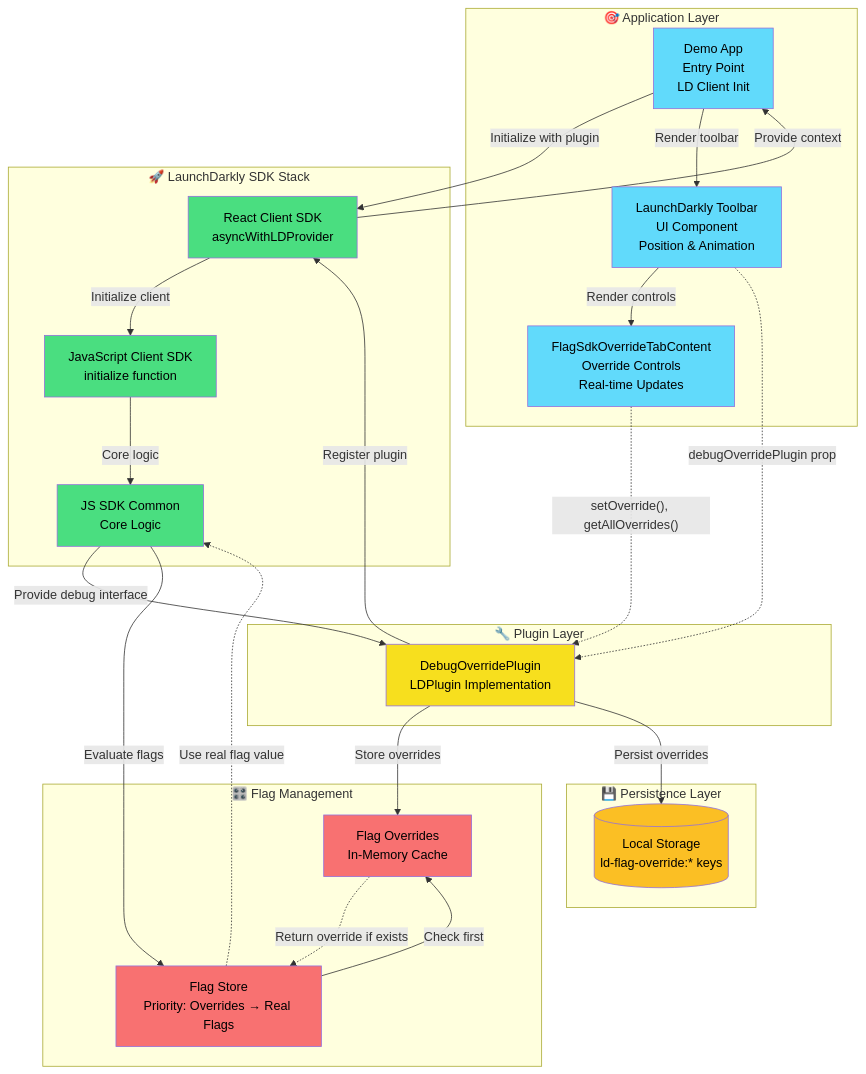
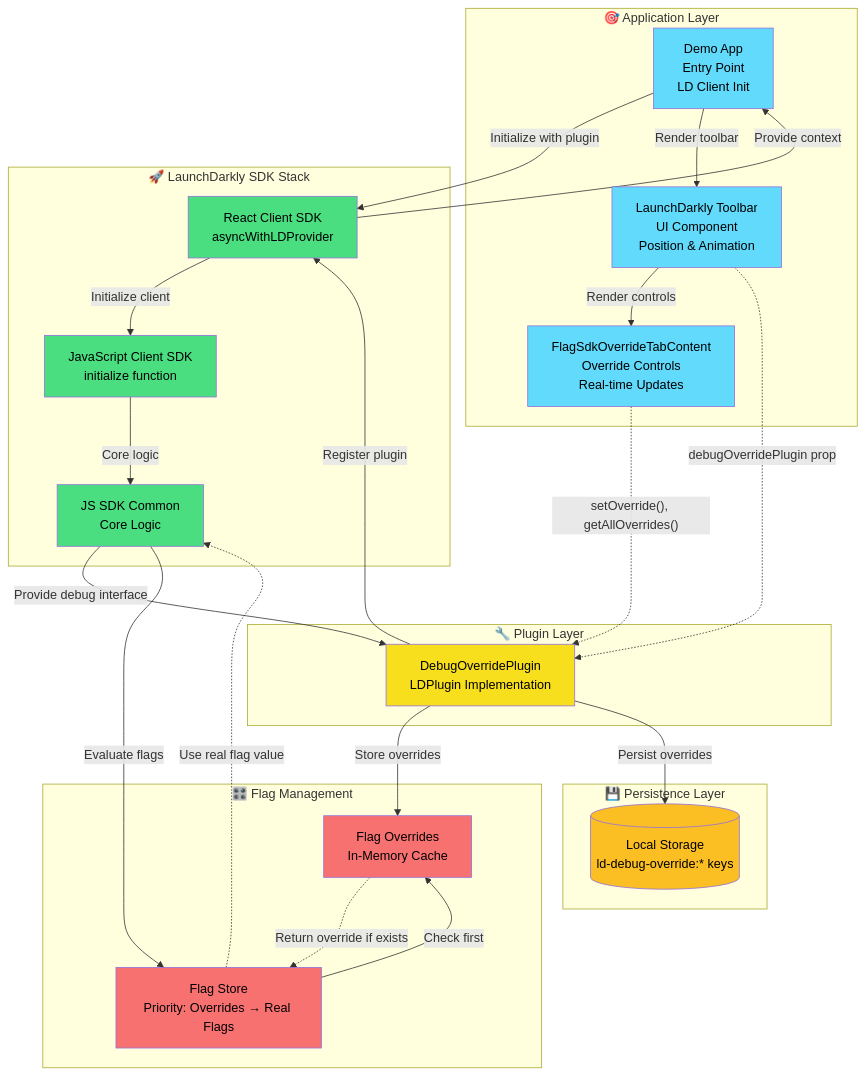
Before and after one commit to launchdarkly/launchdarkly-toolbar: the diagram in docs/plugin-architecture.mermaid, drawn with Mermaid. The commit also changed 2 other files, not shown here.

Commit message:
Update debug override plugin default storage namespace

```diff
--- a/docs/plugin-architecture.mermaid
+++ b/docs/plugin-architecture.mermaid
@@ -1,73 +1,73 @@
 graph TB
     %% Main Components
     subgraph "🎯 Application Layer"
         App[Demo App<br/>Entry Point<br/>LD Client Init]
         Toolbar[LaunchDarkly Toolbar<br/>UI Component<br/>Position & Animation]
         TabContent[FlagSdkOverrideTabContent<br/>Override Controls<br/>Real-time Updates]
     end
 
     subgraph "🔧 Plugin Layer"
         DebugOverridePlugin[DebugOverridePlugin<br/>LDPlugin Implementation]
     end
 
     subgraph "🚀 LaunchDarkly SDK Stack"
         ReactSDK[React Client SDK<br/>asyncWithLDProvider]
         JSSDK[JavaScript Client SDK<br/>initialize function]
         CommonSDK[JS SDK Common<br/>Core Logic]
     end
 
     subgraph "🎛️ Flag Management"
         FlagStore[Flag Store<br/>Priority: Overrides → Real Flags]
         OverrideStore[Flag Overrides<br/>In-Memory Cache]
     end
 
     subgraph "💾 Persistence Layer"
-        LocalStorage[(Local Storage<br/>ld-flag-override:* keys)]
+        LocalStorage[(Local Storage<br/>ld-debug-override:* keys)]
     end
 
 
 
     %% 🔄 Plugin Registration & Initialization
     App -->|Initialize with plugin| ReactSDK
     ReactSDK -->|Initialize client| JSSDK
     JSSDK -->|Core logic| CommonSDK
     DebugOverridePlugin -->|Register plugin| ReactSDK
 
     %% 🔧 Debug Interface Handshake
     CommonSDK -->|Provide debug interface| DebugOverridePlugin
     DebugOverridePlugin -->|Store overrides| OverrideStore
 
     %% 🎨 Client Flow (JS SDK)
     ReactSDK -->|Provide context| App
     App -->|Render toolbar| Toolbar
     Toolbar -->|Render controls| TabContent
 
     %% ⚡ Direct Plugin Integration
     Toolbar -.->|debugOverridePlugin prop| DebugOverridePlugin
     TabContent -.->|"setOverride(), getAllOverrides()"| DebugOverridePlugin
 
 
 
     %% 💾 Storage Management
     DebugOverridePlugin -->|Persist overrides| LocalStorage
 
     %% 🎯 Flag Evaluation Priority
     CommonSDK -->|Evaluate flags| FlagStore
     FlagStore -->|Check first| OverrideStore
     OverrideStore -.->|Return override if exists| FlagStore
     FlagStore -.->|Use real flag value| CommonSDK
 
 
 
     %% Styling
     classDef app fill:#61dafb,color:black
     classDef plugin fill:#f7df1e,color:black
     classDef sdk fill:#4ade80,color:black
     classDef storage fill:#fbbf24,color:black
     classDef flags fill:#f87171,color:black
 
     class App,Toolbar,TabContent app
     class DebugOverridePlugin plugin
     class ReactSDK,JSSDK,CommonSDK sdk
     class FlagStore,OverrideStore flags
     class LocalStorage storage
```
